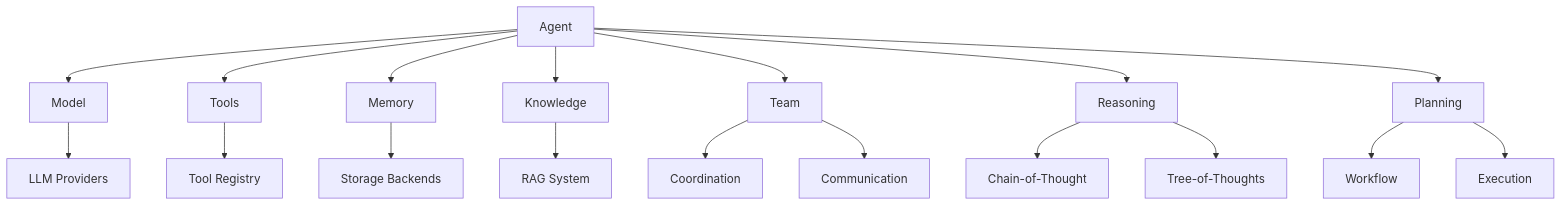
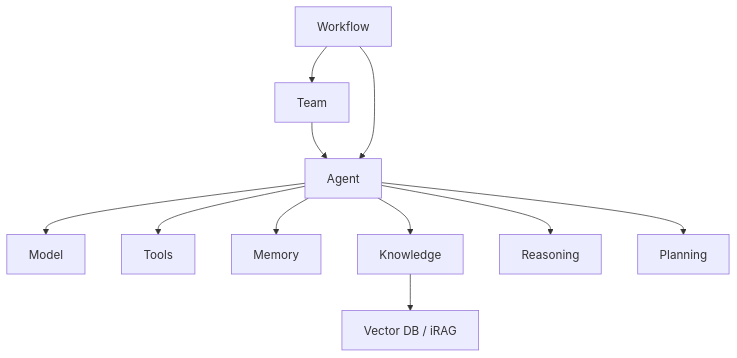
The diagram in docs/core/overview.md (esasrir91/buddy-ai), drawn with Mermaid before and after one commit. The commit also changed other lines of this file and 75 other files, not shown here.

````diff
--- a/docs/core/overview.md
+++ b/docs/core/overview.md
@@ -9,24 +8,15 @@
 ```mermaid
 graph TD
     A[Agent] --> B[Model]
     A --> C[Tools]
     A --> D[Memory]
     A --> E[Knowledge]
-    
-    B --> F[LLM Providers]
-    C --> G[Tool Registry]
-    D --> H[Storage Backends]
-    E --> I[RAG System]
-    
-    A --> J[Team]
-    J --> K[Coordination]
-    J --> L[Communication]
-    
-    A --> M[Reasoning]
-    M --> N[Chain-of-Thought]
-    M --> O[Tree-of-Thoughts]
-    
+    E --> V[Vector DB / iRAG]
+
+    A --> R[Reasoning]
     A --> P[Planning]
-    P --> Q[Workflow]
-    P --> R[Execution]
+
+    T[Team] --> A
+    W[Workflow] --> A
+    W --> T
 ```
````
